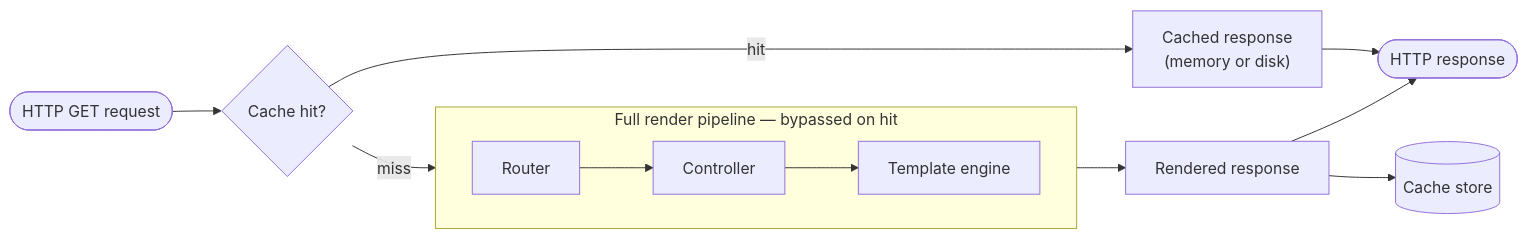
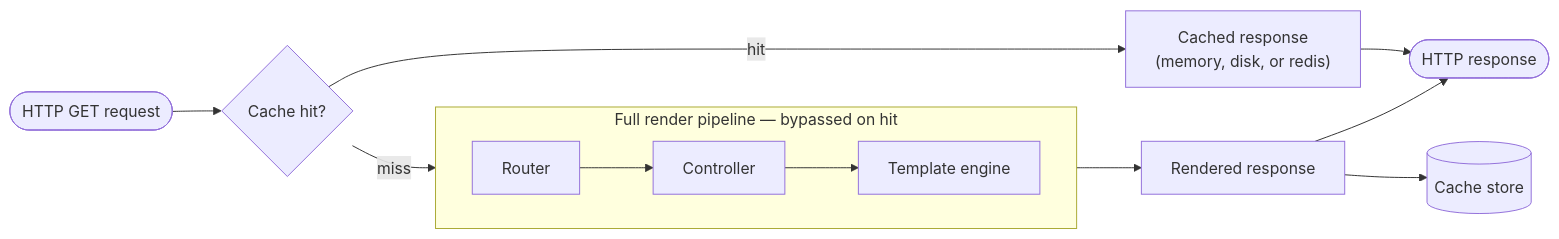
Before and after one commit to gina-io/docs: the diagram in docs/guides/caching.md, drawn with Mermaid. The commit also changed other lines of this file, not shown here.

First line of the commit message:
Document the redis L2 render-cache backend (shared across replicas)

````diff
--- a/docs/guides/caching.md
+++ b/docs/guides/caching.md
@@ -18,16 +18,16 @@
 ```mermaid
 flowchart LR
     A(["HTTP GET request"]) --> B{"Cache hit?"}
 
-    B -- "hit" --> C["Cached response\n(memory or disk)"]
+    B -- "hit" --> C["Cached response\n(memory, disk, or redis)"]
     C --> D(["HTTP response"])
 
     B -- "miss" --> E
     subgraph E["Full render pipeline — bypassed on hit"]
         direction LR
         E1["Router"] --> E2["Controller"] --> E3["Template engine"]
     end
     E --> F["Rendered response"]
     F --> G[("Cache store")]
     F --> D
 ```
````
